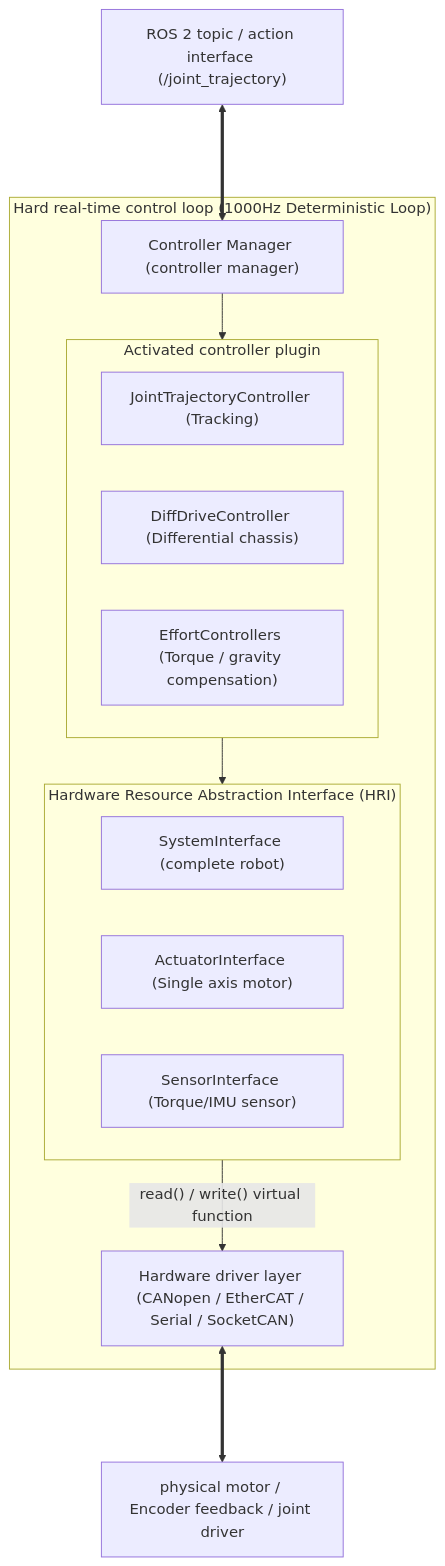
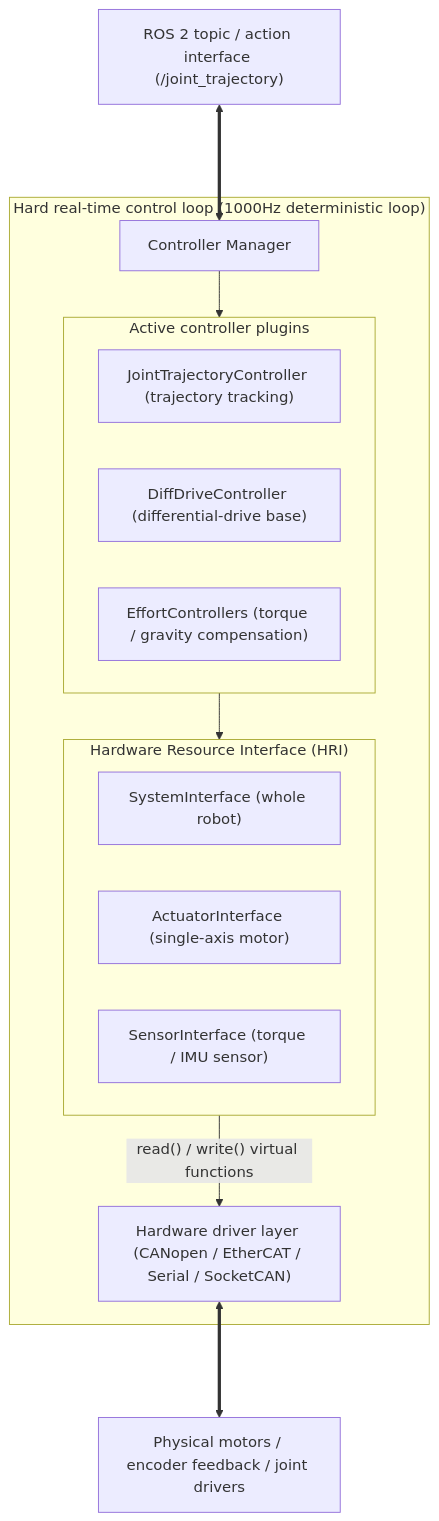
Before and after one commit to TingdeLiu/tingdeliu.github.io: diagram 19 of 21 in _translations/en/research/ROS2-Survey.md, drawn with Mermaid. The commit also changed other lines of this file and 51 other files, not shown here.

````diff
--- a/_translations/en/research/ROS2-Survey.md
+++ b/_translations/en/research/ROS2-Survey.md
@@ -1001,27 +1001,27 @@
 ```mermaid
 flowchart TB
-    subgraph RealTimeLoop["Hard real-time control loop (1000Hz Deterministic Loop)"]
-        CM["Controller Manager (controller manager)"]
+    subgraph RealTimeLoop["Hard real-time control loop (1000Hz deterministic loop)"]
+        CM["Controller Manager"]
         
-        subgraph LoadedControllers["Activated controller plugin"]
-            JTC["JointTrajectoryController (Tracking)"]
-            DiffDrive["DiffDriveController (Differential chassis)"]
-            Effort["EffortControllers (Torque / gravity compensation)"]
+        subgraph LoadedControllers["Active controller plugins"]
+            JTC["JointTrajectoryController (trajectory tracking)"]
+            DiffDrive["DiffDriveController (differential-drive base)"]
+            Effort["EffortControllers (torque / gravity compensation)"]
         end
 
-        subgraph HardwareInterface["Hardware Resource Abstraction Interface (HRI)"]
-            SystemIF["SystemInterface (complete robot)"]
-            ActuatorIF["ActuatorInterface (Single axis motor)"]
-            SensorIF["SensorInterface (Torque/IMU sensor)"]
+        subgraph HardwareInterface["Hardware Resource Interface (HRI)"]
+            SystemIF["SystemInterface (whole robot)"]
+            ActuatorIF["ActuatorInterface (single-axis motor)"]
+            SensorIF["SensorInterface (torque / IMU sensor)"]
         end
 
         HardwareDriver["Hardware driver layer (CANopen / EtherCAT / Serial / SocketCAN)"]
 
         CM --> LoadedControllers
         LoadedControllers --> HardwareInterface
-        HardwareInterface -->|"read() / write() virtual function"| HardwareDriver
+        HardwareInterface -->|"read() / write() virtual functions"| HardwareDriver
     end
 
-    HardwareDriver <===> Motors["physical motor / Encoder feedback / joint driver"]
+    HardwareDriver <===> Motors["Physical motors / encoder feedback / joint drivers"]
     ROS_Interfaces["ROS 2 topic / action interface (/joint_trajectory)"] <===> CM
 ```
````
